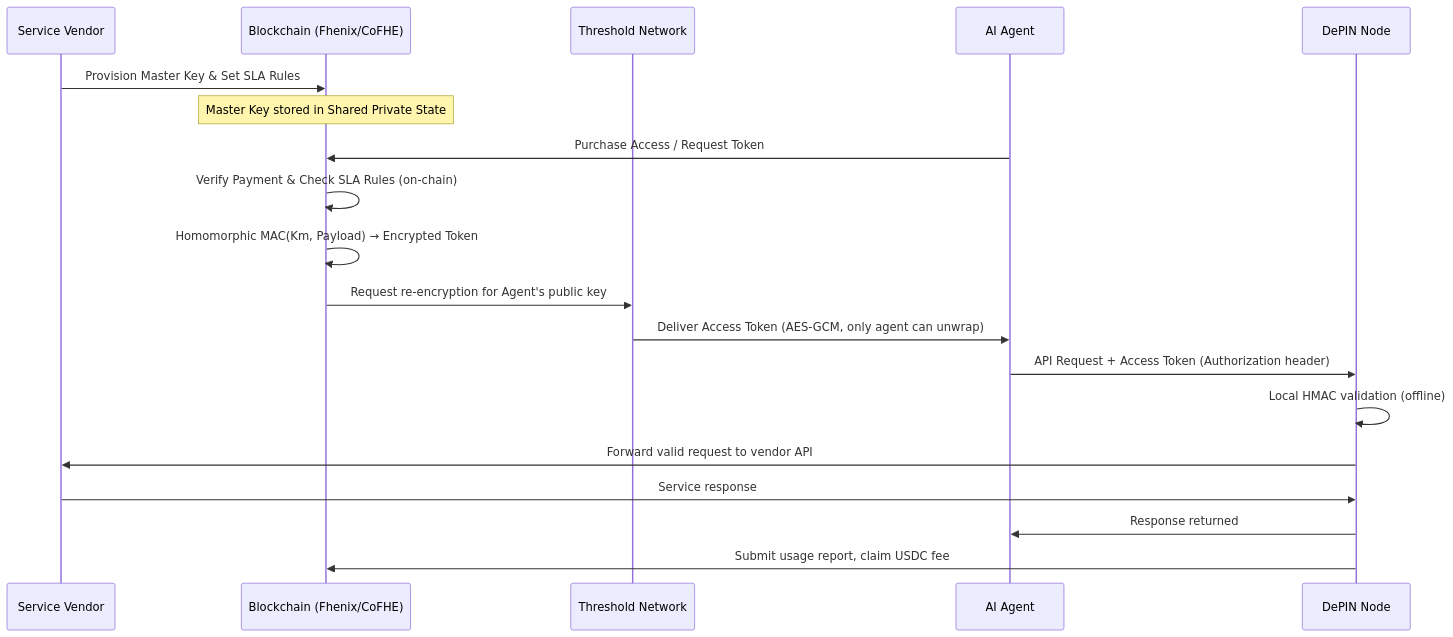
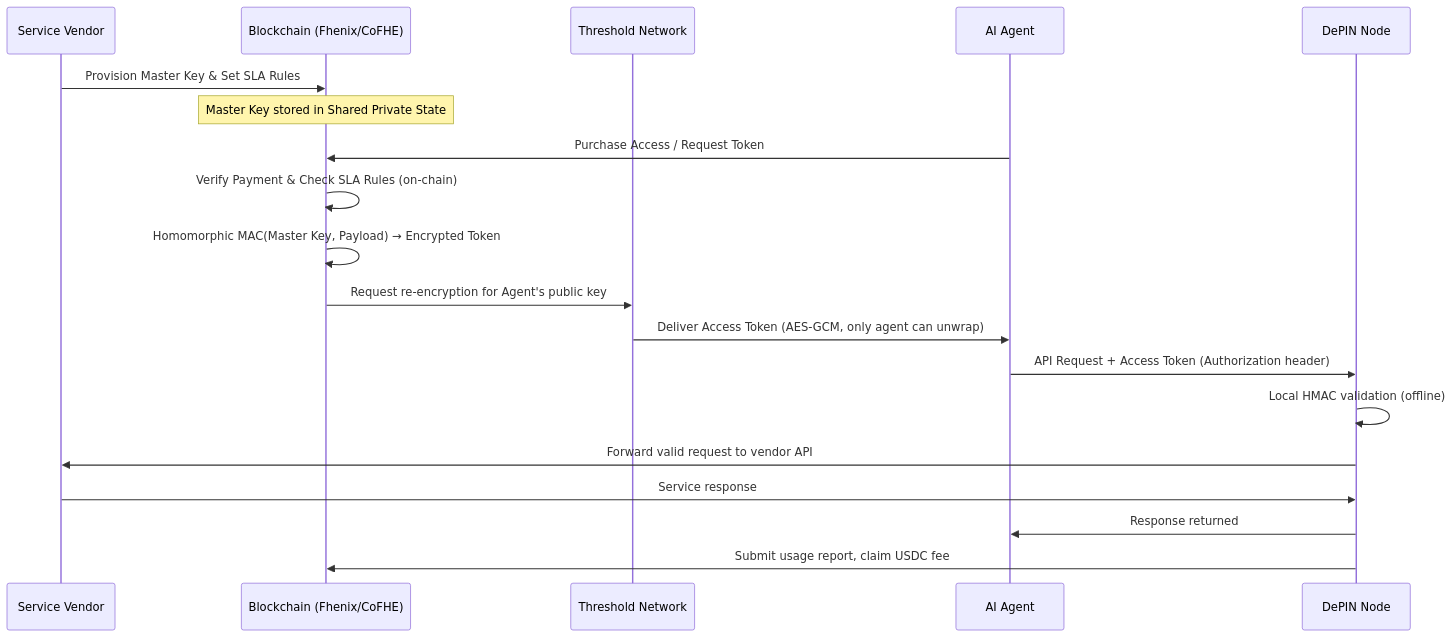
One commit to imajus/fhe402 changed the diagram in docs/Requirements.md. Above: the diagram before and after it, drawn with Mermaid.

````diff
--- a/docs/Requirements.md
+++ b/docs/Requirements.md
@@ -104,24 +104,24 @@
 ```mermaid
 sequenceDiagram
     participant V as Service Vendor
     participant BC as Blockchain (Fhenix/CoFHE)
     participant TSN as Threshold Network
     participant A as AI Agent
     participant D as DePIN Node
     
     V->>BC: Provision Master Key & Set SLA Rules
     Note over BC: Master Key stored in Shared Private State
     
     A->>BC: Purchase Access / Request Token
     BC->>BC: Verify Payment & Check SLA Rules (on-chain)
-    BC->>BC: Homomorphic MAC(Km, Payload) → Encrypted Token
+    BC->>BC: Homomorphic MAC(Master Key, Payload) → Encrypted Token
     BC->>TSN: Request re-encryption for Agent's public key
     TSN->>A: Deliver Access Token (AES-GCM, only agent can unwrap)
     
     A->>D: API Request + Access Token (Authorization header)
     D->>D: Local HMAC validation (offline)
     D->>V: Forward valid request to vendor API
     V->>D: Service response
     D->>A: Response returned
     D->>BC: Submit usage report, claim USDC fee
 ```
````
